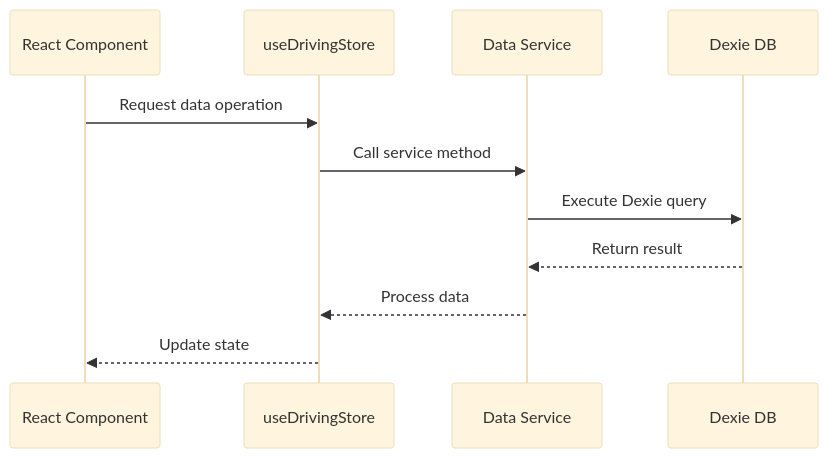
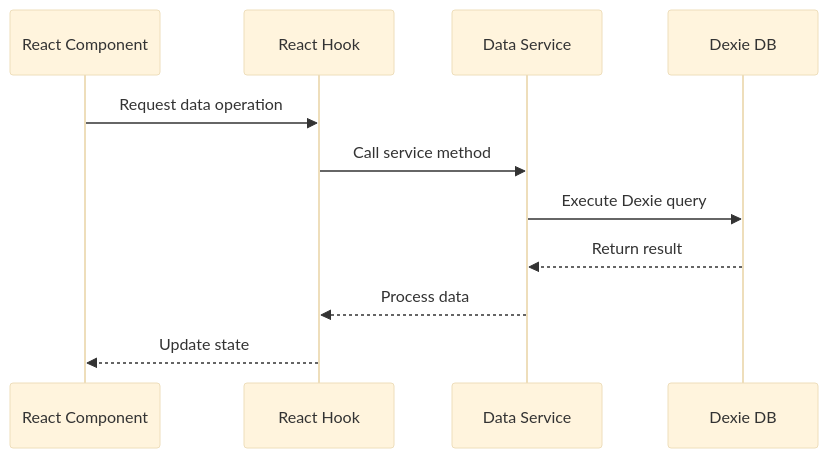
One commit to tonihintikka/opetuslupa_apu changed the second of 2 diagrams in docs/stories/Epic-1-Story-2.md. Above: the diagram before and after it, drawn with Mermaid (base theme). The commit also changed other lines of this file and 2 other files, not shown here.

````diff
--- a/docs/stories/Epic-1-Story-2.md
+++ b/docs/stories/Epic-1-Story-2.md
@@ -139,14 +170,14 @@
 ```mermaid
 sequenceDiagram
     participant Component as React Component
-    participant Hook as useDrivingStore
+    participant Hook as React Hook
     participant Service as Data Service
     participant DB as Dexie DB
     
     Component->>Hook: Request data operation
     Hook->>Service: Call service method
     Service->>DB: Execute Dexie query
     DB-->>Service: Return result
     Service-->>Hook: Process data
     Hook-->>Component: Update state
 ```
````
